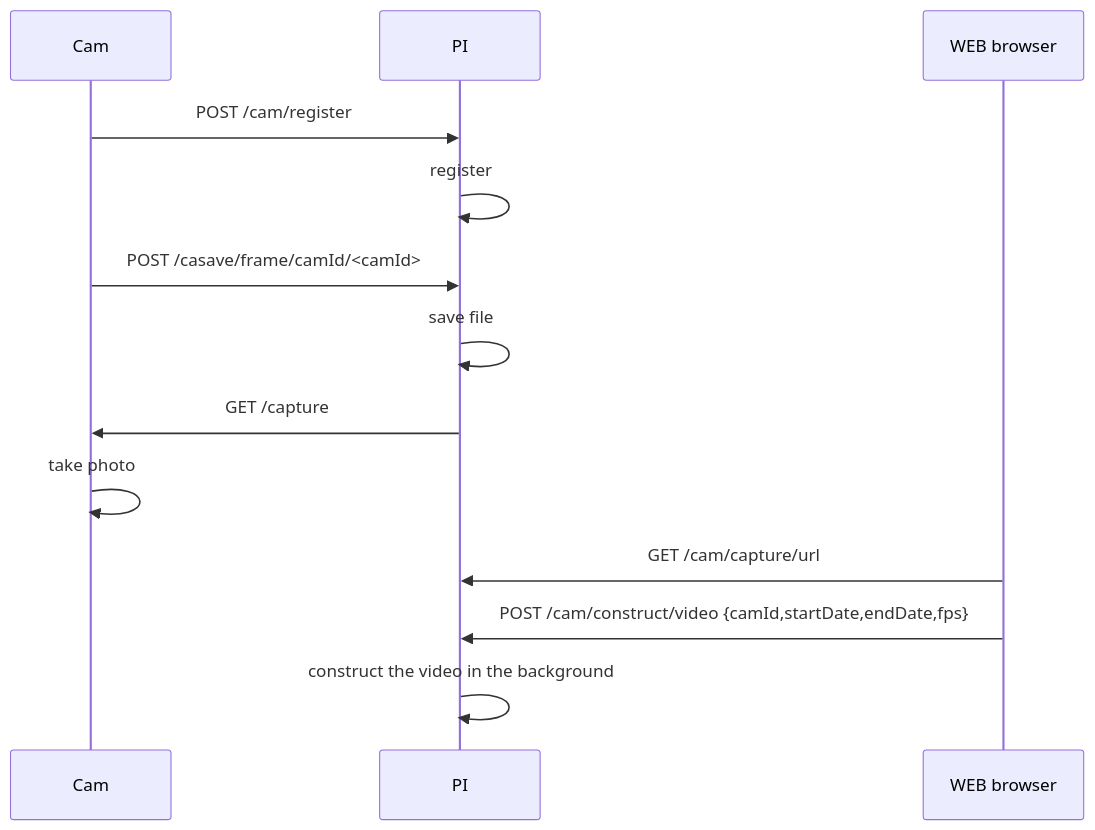
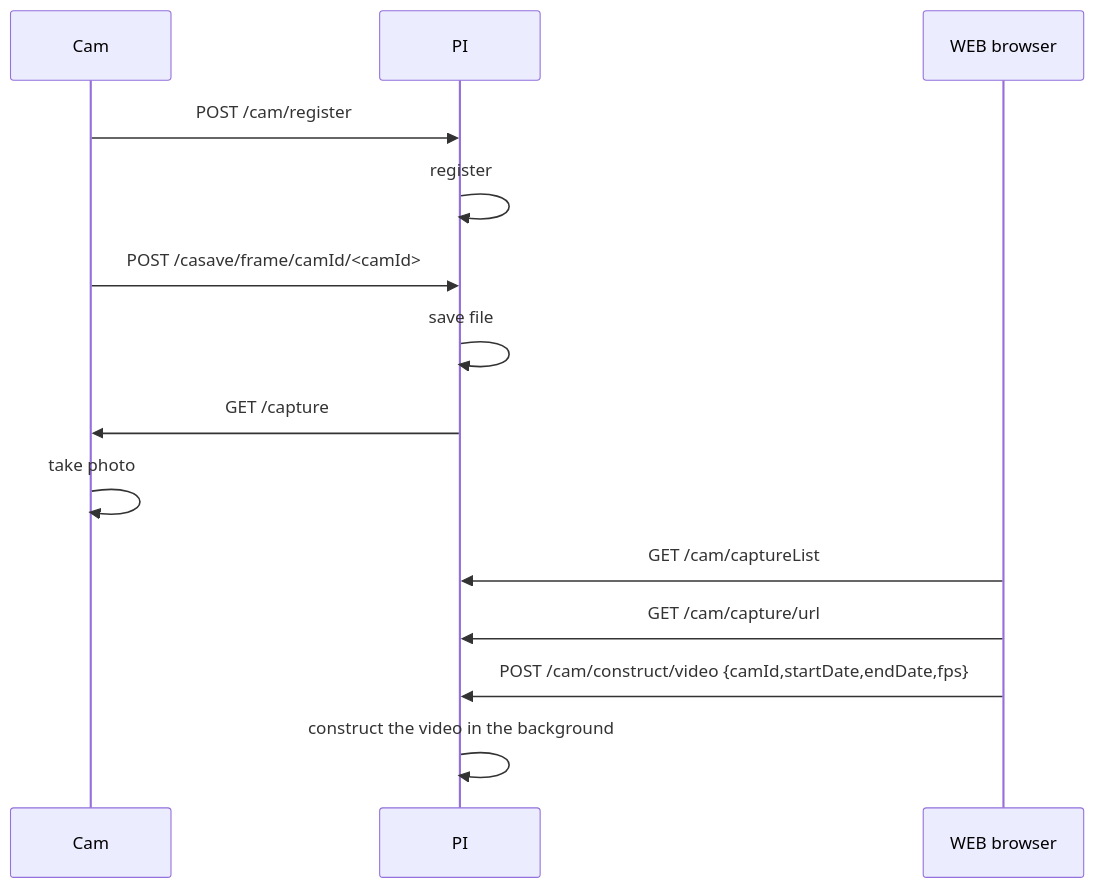
Before and after one commit to dallaszkorben/diy-greenwall: the diagram in Wiki/CentralController/centralController.md, drawn with Mermaid.

````diff
--- a/Wiki/CentralController/centralController.md
+++ b/Wiki/CentralController/centralController.md
@@ -458,19 +458,20 @@
 ```mermaid
 sequenceDiagram
 participant Cam
 participant PI
 participant WEB browser
 Cam->>PI: POST /cam/register
 PI->>PI: register
 
 Cam->>PI: POST /casave/frame/camId/<camId>
 PI->>PI: save file
 
 PI->>Cam: GET /capture
 Cam->>Cam: take photo
 
+WEB browser->>PI: GET /cam/captureList
 WEB browser->>PI: GET /cam/capture/url
 WEB browser->>PI: POST /cam/construct/video {camId,startDate,endDate,fps}
 PI->>PI: construct the video in the background
 
   ```
````
